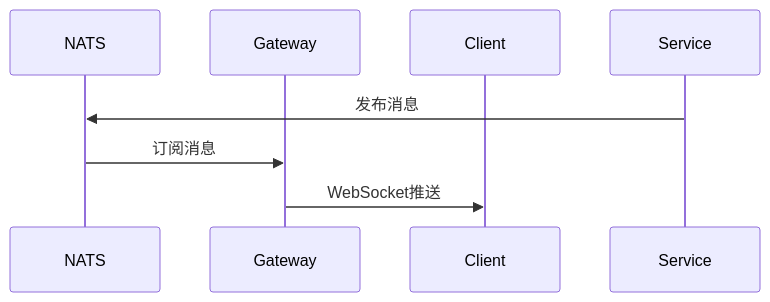
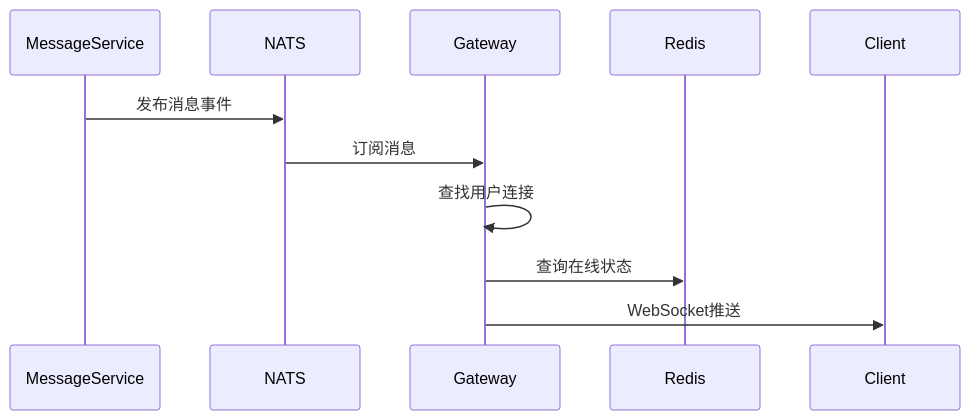
One commit to yzhgit/anychat-server changed the third of 4 diagrams in docs/design/gateway/websocket.md. Above: the diagram before and after it, drawn with Mermaid. The commit also changed other lines of this file and 30 other files, not shown here.

First line of the commit message:
docs: 更新设计文档时序图，添加Gateway和NATS参与者

````diff
--- a/docs/design/gateway/websocket.md
+++ b/docs/design/gateway/websocket.md
@@ -36,10 +53,14 @@
 ```mermaid
 sequenceDiagram
+    participant MessageService
     participant NATS
     participant Gateway
+    participant Redis
     participant Client
 
-    Service->>NATS: 发布消息
+    MessageService->>NATS: 发布消息事件
     NATS->>Gateway: 订阅消息
+    Gateway->>Gateway: 查找用户连接
+    Gateway->>Redis: 查询在线状态
     Gateway->>Client: WebSocket推送
 ```
````
